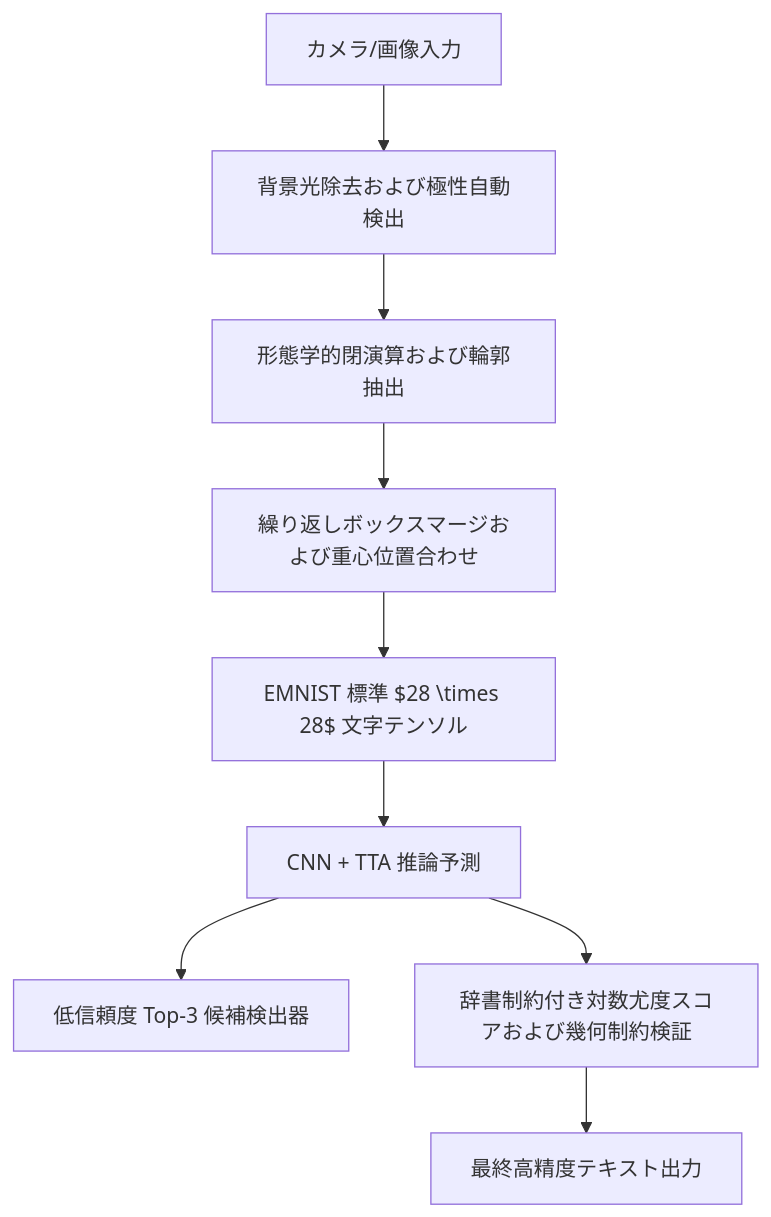
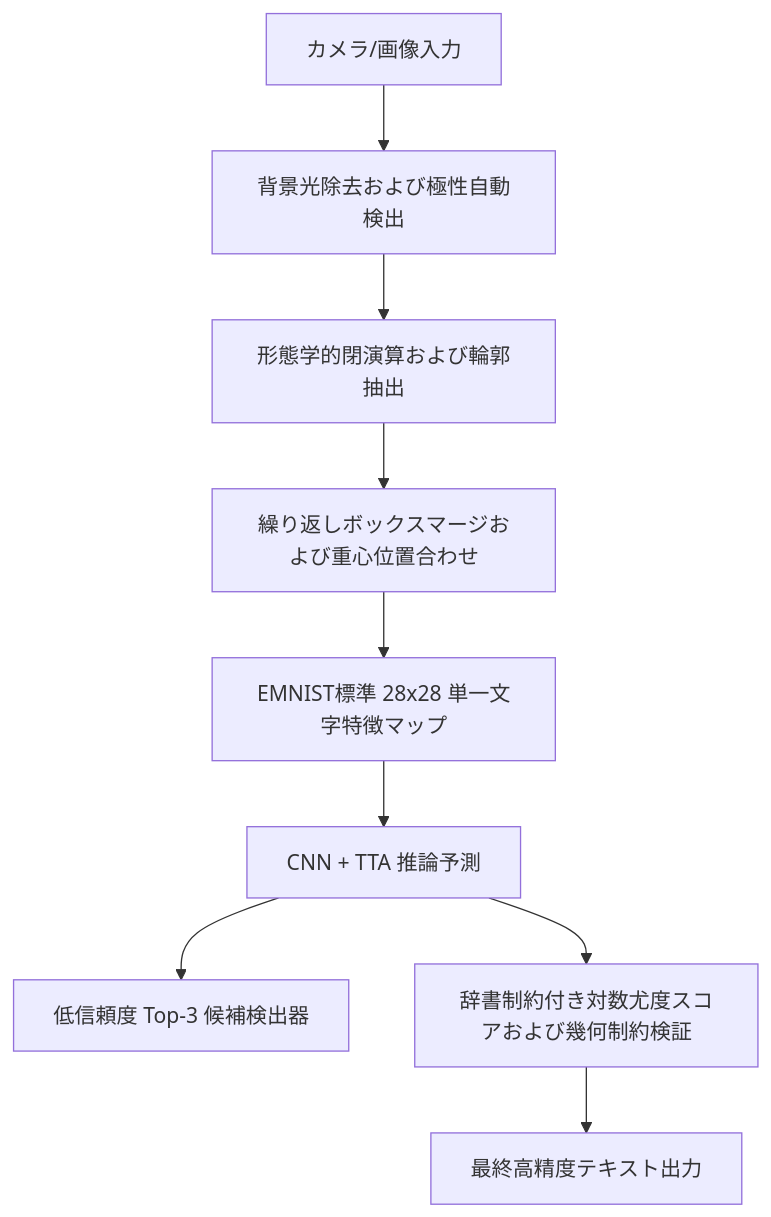
One commit to DongFengPo1412/Multi-class-Handwritten-Character-Recognition-System-Based-on-CNN changed the diagram in README_JA.md. Above: the diagram before and after it, drawn with Mermaid. The commit also changed other lines of this file and 2 other files, not shown here.

````diff
--- a/README_JA.md
+++ b/README_JA.md
@@ -25,11 +26,11 @@
 ```mermaid
 graph TD
     A[カメラ/画像入力] --> B[背景光除去および極性自動検出]
     B --> C[形態学的閉演算および輪郭抽出]
     C --> D[繰り返しボックスマージおよび重心位置合わせ]
-    D --> E[EMNIST 標準 $28 \times 28$ 文字テンソル]
+    D --> E[EMNIST標準 28x28 単一文字特徴マップ]
     E --> F[CNN + TTA 推論予測]
     F --> G[低信頼度 Top-3 候補検出器]
     F --> H[辞書制約付き対数尤度スコアおよび幾何制約検証]
     H --> I[最終高精度テキスト出力]
 ```
````
